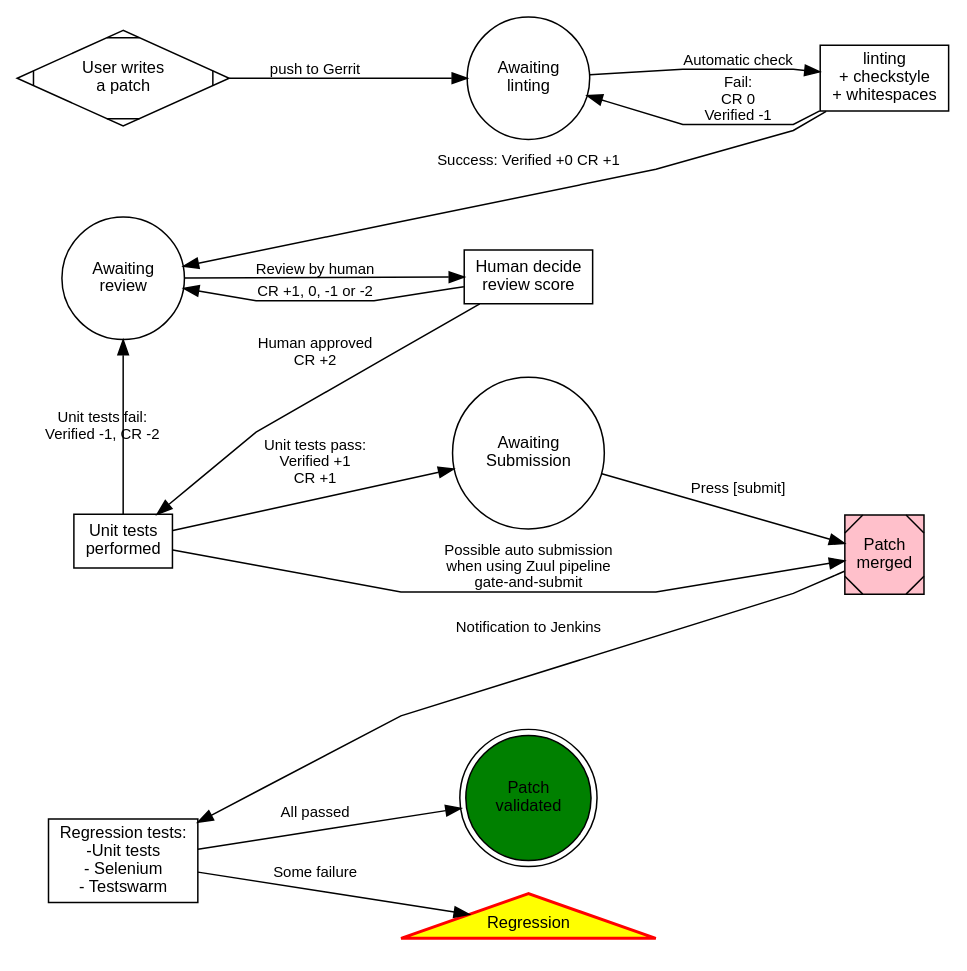
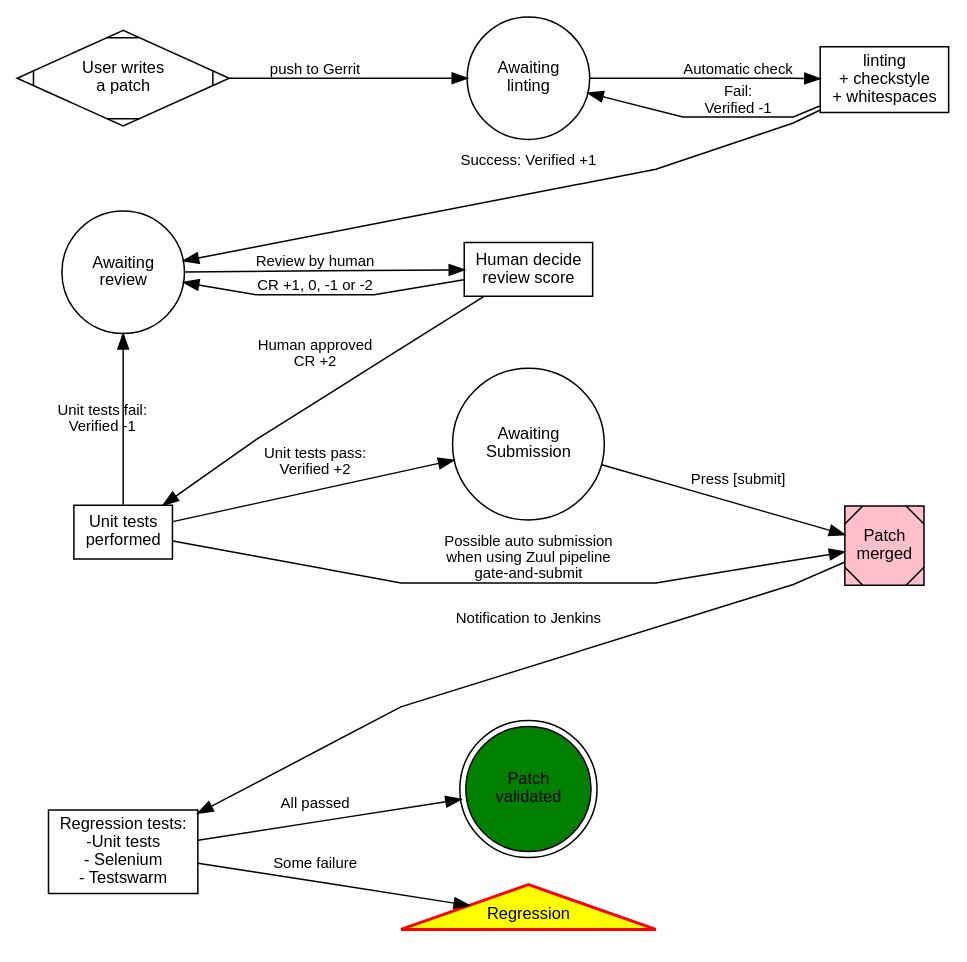
The diagram in workflow/workflow.dot (wikimedia/integration-doc), drawn with Graphviz before and after one commit. The commit also changed 1 other file, not shown here.

Commit message:
update workflow with Verified+2 enhancement
Gerrit is extended the Verified label to be voted from -1 to +2. The
Zuul configuration is https://gerrit.wikimedia.org/r/#/c/39082/

Bug 43300 requested we stop voting on Code-Review label as well, that
has been removed with https://gerrit.wikimedia.org/r/39585 . Hence the
workflow no more show any CR votes.

```diff
--- a/workflow/workflow.dot
+++ b/workflow/workflow.dot
@@ -1,69 +1,69 @@
 digraph ci_workflow {
 
 	graph [ fontname=Arial, fontsize=12, splines=polyline ]
 	node  [ fontname=Arial, fontsize=11 ]
 	edge  [ fontname=Arial, fontsize=10 ]
 
 	// From left to right
     rankdir=LR;
 	// Default shape
 	node [shape = circle];
 
 	START [shape=Mdiamond label = "User writes\na patch" ];
 	WAIT_LINT   [ label = "Awaiting\nlinting" ];
 	START -> WAIT_LINT [ label = "push to Gerrit" ]
 
 	WAIT_LINT -> LINT_CHECK [ label = "Automatic check" ];
 
 	LINT_CHECK  [ shape=rect label = "linting\n+ checkstyle\n+ whitespaces" ];
-	LINT_CHECK -> WAIT_LINT [ label = "Fail:\nCR 0\nVerified -1" ];
-	LINT_CHECK -> LINTED [ label = "Success: Verified +0 CR +1" constraint=false ];
+	LINT_CHECK -> WAIT_LINT [ label = "Fail:\nVerified -1" ];
+	LINT_CHECK -> LINTED [ label = "Success: Verified +1" constraint=false ];
 
 	LINTED [ label = "Awaiting\nreview" ];
 
 	REVIEW [ shape=rect label = "Human decide\nreview score" ];
 	LINTED -> REVIEW [ label = "Review by human" ];
 	REVIEW -> LINTED [ label = "CR +1, 0, -1 or -2" ];
 
 	UNIT_TESTS [ shape=rect label = "Unit tests\nperformed" ];
 	REVIEW -> UNIT_TESTS [ label = "Human approved\nCR +2" constraint=false];
 
-	UNIT_TESTS -> LINTED [ label = "Unit tests fail:\nVerified -1, CR -2" constraint=false];
+	UNIT_TESTS -> LINTED [ label = "Unit tests fail:\nVerified -1" constraint=false];
 
-	UNIT_TESTS -> WAIT_SUBMIT [ label = "Unit tests pass:\nVerified +1\nCR +1" ];
+	UNIT_TESTS -> WAIT_SUBMIT [ label = "Unit tests pass:\nVerified +2" ];
 
 	PATCH_MERGED [
 		shape=Msquare
 		label = "Patch\nmerged"
 		style="filled"
 		fillcolor="pink"
 	];
 
 	WAIT_SUBMIT -> PATCH_MERGED [ label = "Press [submit]" ];
 	WAIT_SUBMIT [ label ="Awaiting\nSubmission" ];
 
 	UNIT_TESTS -> PATCH_MERGED [ label = "Possible auto submission\nwhen using Zuul pipeline\ngate-and-submit"];
 
 	REGRESSION_TESTS [
 		shape=rect
 		label="Regression tests:\n-Unit tests\n- Selenium\n- Testswarm"
 	];
 	PATCH_MERGED -> REGRESSION_TESTS [ label="Notification to Jenkins" constraint=false ];
 
 	SUCCESS [
 		label="Patch\nvalidated"
 		shape=doublecircle
 		style="filled"
 		fillcolor="green"
 	];
 	REGRESSION_TESTS -> SUCCESS [ label="All passed" ];
 
 	REGRESSION [
 		label="Regression"
 		shape=triangle
 		style="filled,bold"
 		fillcolor="yellow"
 		color="red"
 	];
 	REGRESSION_TESTS -> REGRESSION [ label="Some failure" ];
 }
```
